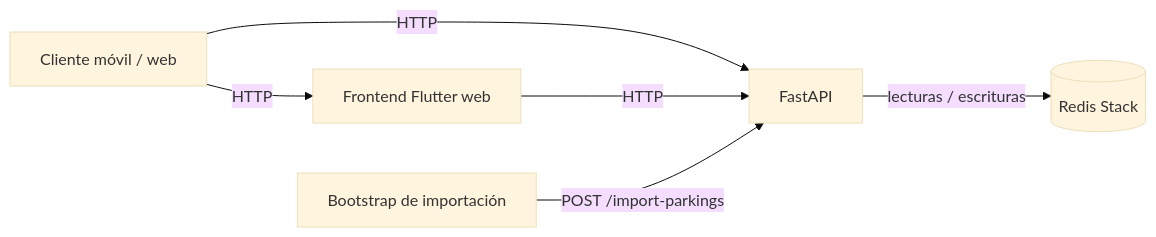
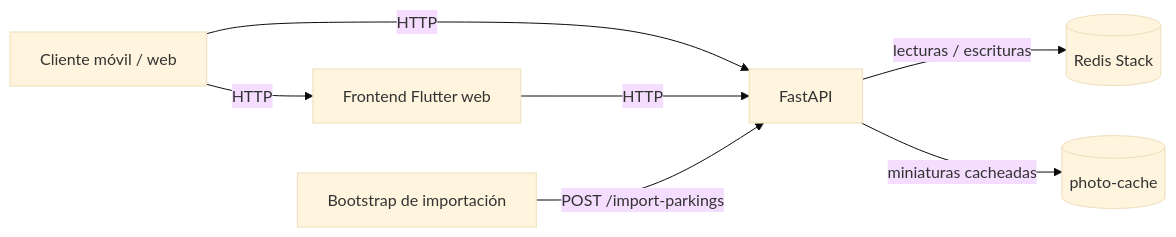
One commit to cesarsm24/AparCaceres changed the diagram in docs/architecture.md. Above: the diagram before and after it, drawn with Mermaid (base theme). The commit also changed other lines of this file and 15 other files, not shown here.

Commit message:
feat: cache photo thumbnails

````diff
--- a/docs/architecture.md
+++ b/docs/architecture.md
@@ -30,8 +30,9 @@
 ```mermaid
 flowchart LR
     U[Cliente móvil / web] -->|HTTP| W[Frontend Flutter web]
     U -->|HTTP| A[FastAPI]
     W -->|HTTP| A
     A -->|lecturas / escrituras| R[(Redis Stack)]
+    A -->|miniaturas cacheadas| P[(photo-cache)]
     B[Bootstrap de importación] -->|POST /import-parkings| A
 ```
````
